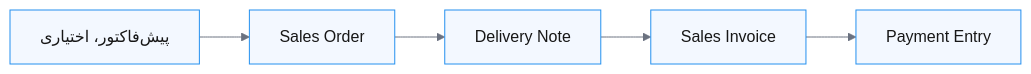
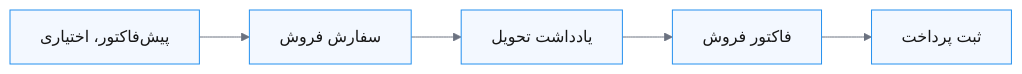
One commit to shahinesi/frappe_docs-persian changed the first of 9 diagrams in content/fa/erpnext/accounting-workflows-by-business-type.md. Above: the diagram before and after it, drawn with Mermaid. The commit also changed other lines of this file and 7 other files, not shown here.

Commit message:
Localize ERPNext purchasing workflow diagrams

````diff
--- a/content/fa/erpnext/accounting-workflows-by-business-type.md
+++ b/content/fa/erpnext/accounting-workflows-by-business-type.md
@@ -38,8 +38,8 @@
 ```mermaid
 %%{init: {"theme":"base","themeVariables":{"primaryColor":"#F3F8FF","primaryBorderColor":"#2490EF","primaryTextColor":"#171717","lineColor":"#6B7280","secondaryColor":"#FFFFFF","tertiaryColor":"#F8F9FA"}}}%%
 flowchart LR
-    Q["پیش‌فاکتور، اختیاری"] --> SO["Sales Order"]
-    SO --> DN["Delivery Note"]
-    DN --> SI["Sales Invoice"]
-    SI --> PE["Payment Entry"]
+    Q["پیش‌فاکتور، اختیاری"] --> SO["سفارش فروش"]
+    SO --> DN["یادداشت تحویل"]
+    DN --> SI["فاکتور فروش"]
+    SI --> PE["ثبت پرداخت"]
 ```
````
